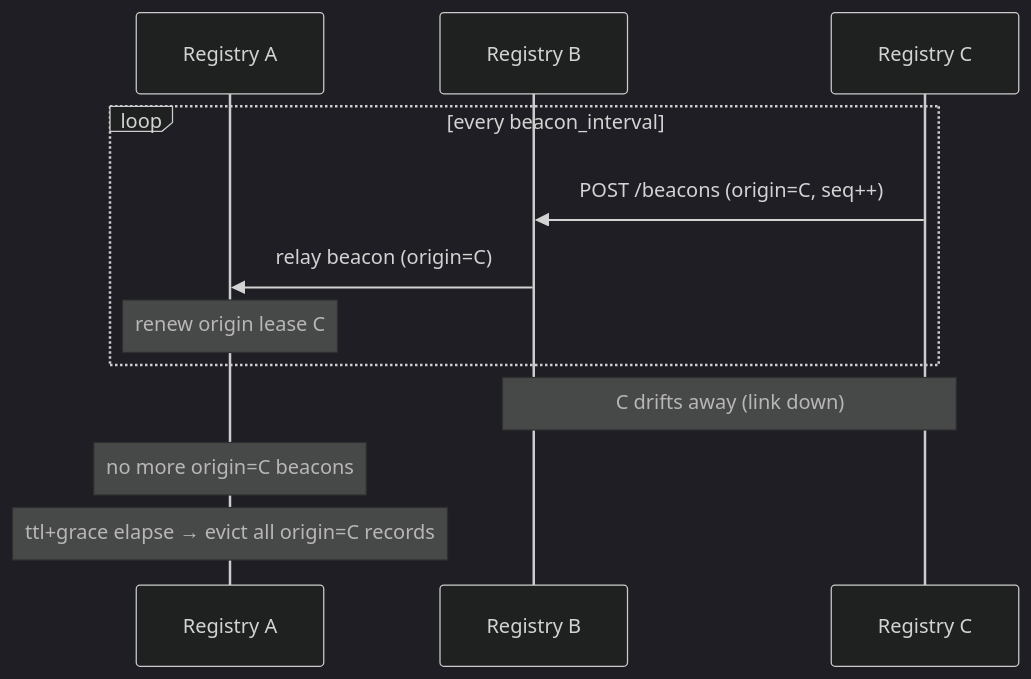
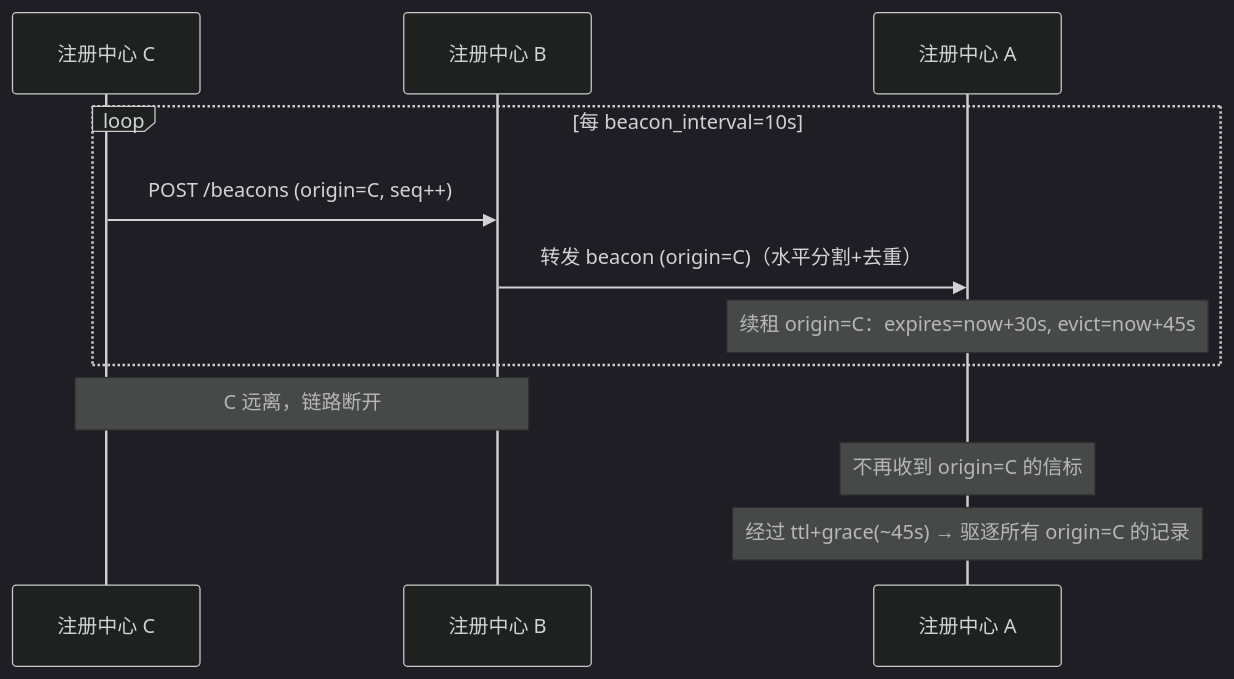
One commit to Weizheng96/A2X-registry changed the third of 5 diagrams in docs/cluster_design.md. Above: the diagram before and after it, drawn with Mermaid (dark theme). The commit also changed other lines of this file, not shown here.

````diff
--- a/docs/cluster_design.md
+++ b/docs/cluster_design.md
@@ -175,14 +104,14 @@
 ```mermaid
 sequenceDiagram
-    participant A as Registry A
-    participant B as Registry B
-    participant C as Registry C
-    loop every beacon_interval
+    participant C as 注册中心 C
+    participant B as 注册中心 B
+    participant A as 注册中心 A
+    loop 每 beacon_interval=10s
         C->>B: POST /beacons (origin=C, seq++)
-        B->>A: relay beacon (origin=C)
-        Note over A: renew origin lease C
+        B->>A: 转发 beacon (origin=C)（水平分割+去重）
+        Note over A: 续租 origin=C：expires=now+30s, evict=now+45s
     end
-    Note over B,C: C drifts away (link down)
-    Note over A: no more origin=C beacons
-    Note over A: ttl+grace elapse → evict all origin=C records
+    Note over B,C: C 远离，链路断开
+    Note over A: 不再收到 origin=C 的信标
+    Note over A: 经过 ttl+grace(~45s) → 驱逐所有 origin=C 的记录
 ```
````
